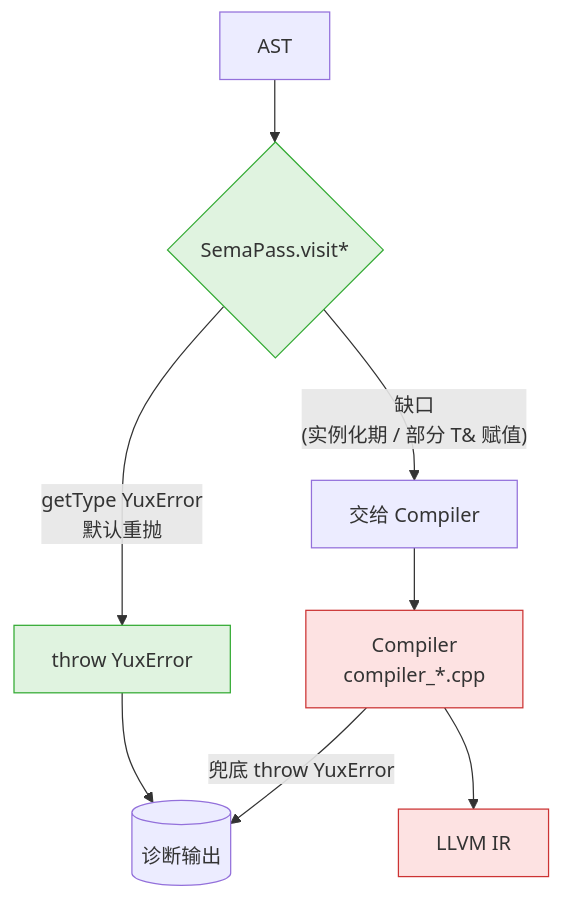
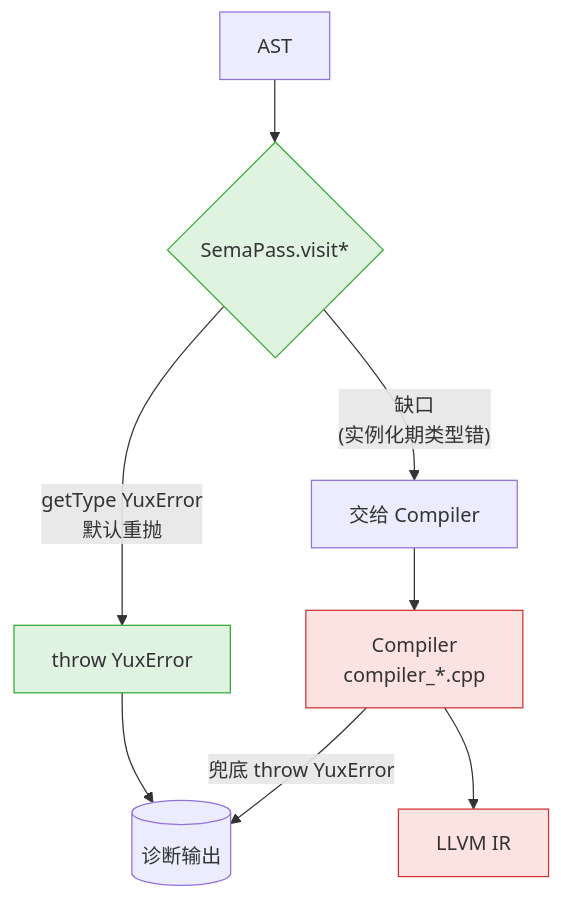
The fourth of 6 diagrams in yux.md (riu-lang/riu), drawn with Mermaid before and after one commit. The commit also changed 12 other files, not shown here.

````diff
--- a/yux.md
+++ b/yux.md
@@ -116,18 +116,18 @@
 ```mermaid
 flowchart TB
     ast[AST] --> sema{SemaPass.visit*}
 
     sema -- "getType YuxError<br/>默认重抛" --> throwSema[throw YuxError]
-    sema -- "缺口<br/>(实例化期 / 部分 T& 赋值)" --> skip[交给 Compiler]
+    sema -- "缺口<br/>(实例化期类型错)" --> skip[交给 Compiler]
 
     throwSema --> userErr[(诊断输出)]
     skip --> compiler[Compiler<br/>compiler_*.cpp]
 
     compiler -- "兜底 throw YuxError" --> userErr
     compiler --> ir[LLVM IR]
 
     classDef green fill:#e0f3e0,stroke:#3a3
     classDef red fill:#fde2e2,stroke:#c33
     class sema,throwSema green
     class compiler,ir red
 ```
````
